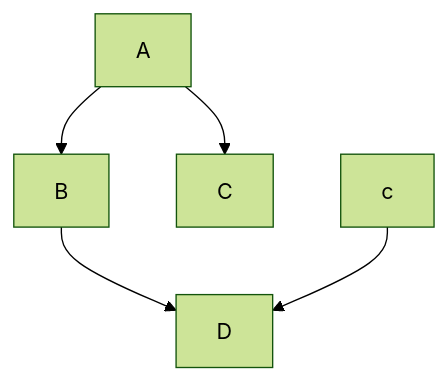
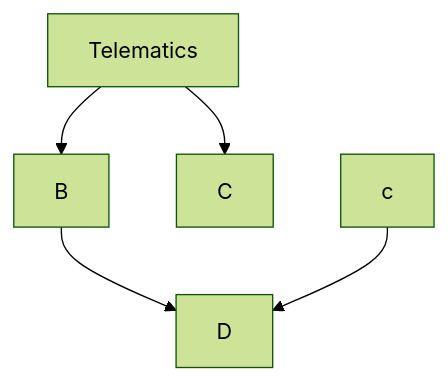
The diagram in README.md (GiancarloBenavides/Telematics), drawn with Mermaid (forest theme) before and after one commit.

Commit message:
Mermaid2

````diff
--- a/README.md
+++ b/README.md
@@ -5,7 +5,7 @@
 ```mermaid
 graph TD;
-    A-->B;
-    A-->C;
+    Telematics-->B;
+    Telematics-->C;
     B-->D;
     c-->D;
 ```
````
